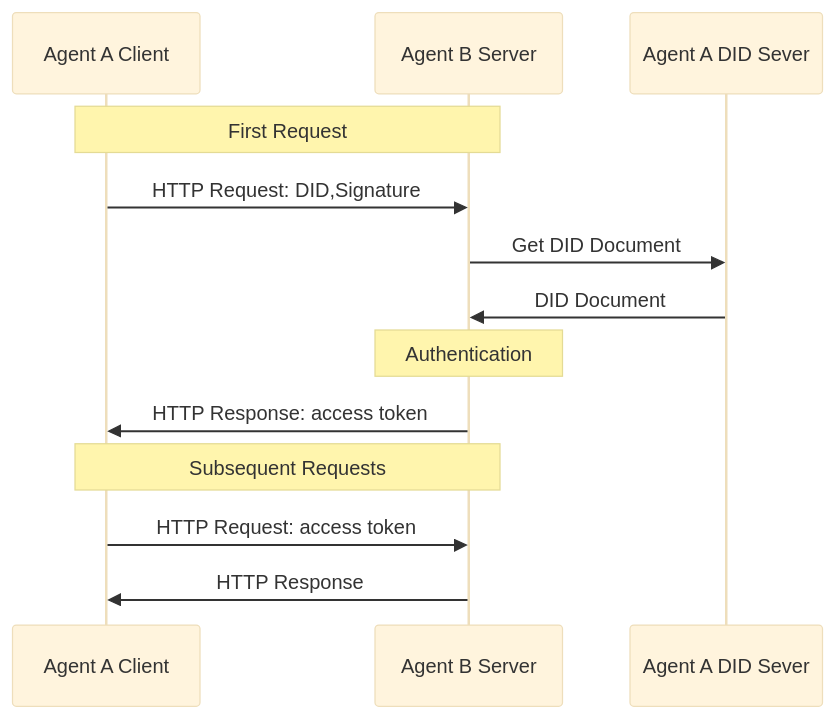
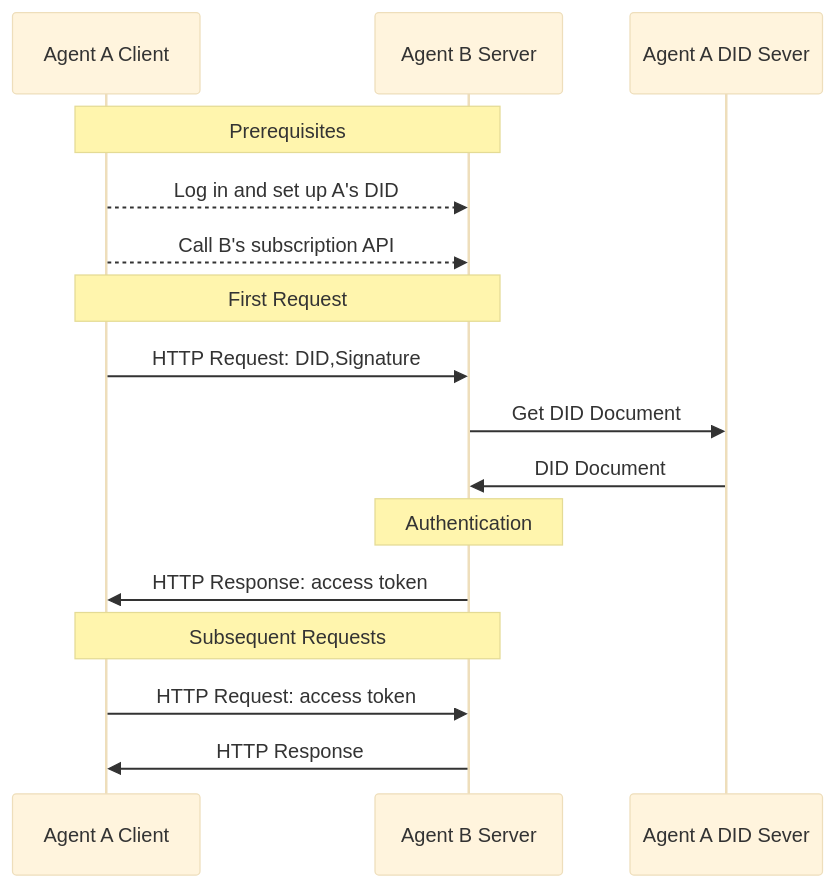
One commit to yumh1/AgentNetworkProtocol changed the diagram in blogs/did:wba-基于web的去中心化身份标识符.md. Above: the diagram before and after it, drawn with Mermaid (base theme). The commit also changed other lines of this file and 1 other file, not shown here.

````diff
--- a/blogs/did:wba-基于web的去中心化身份标识符.md
+++ b/blogs/did:wba-基于web的去中心化身份标识符.md
@@ -89,21 +81,27 @@
 ```mermaid
 sequenceDiagram
     participant Agent A Client
     participant Agent B Server 
     participant Agent A DID Sever
+
+    Note over Agent A Client,Agent B Server: Prerequisites
+
+    Agent A Client-->>Agent B Server: Log in and set up A's DID
+
+    Agent A Client-->>Agent B Server: Call B's subscription API
 
     Note over Agent A Client,Agent B Server: First Request
 
     Agent A Client->>Agent B Server: HTTP Request: DID,Signature
     Agent B Server->>Agent A DID Sever: Get DID Document
     Agent A DID Sever->>Agent B Server: DID Document
 
     Note over Agent B Server: Authentication
 
     Agent B Server->>Agent A Client: HTTP Response: access token
 
     Note over Agent A Client, Agent B Server: Subsequent Requests
 
     Agent A Client->>Agent B Server: HTTP Request: access token
     Agent B Server->>Agent A Client: HTTP Response
 ```
````
